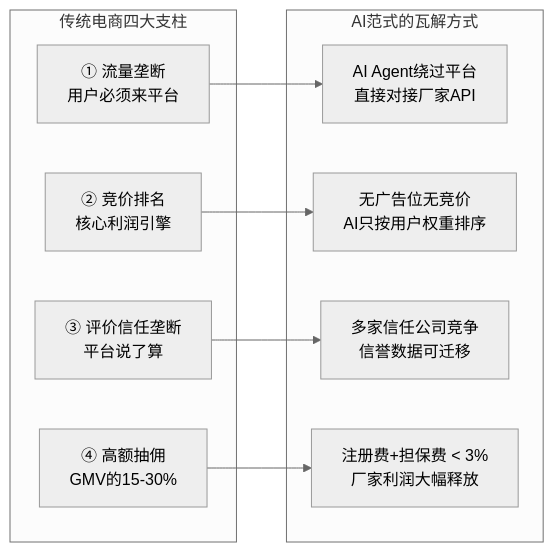
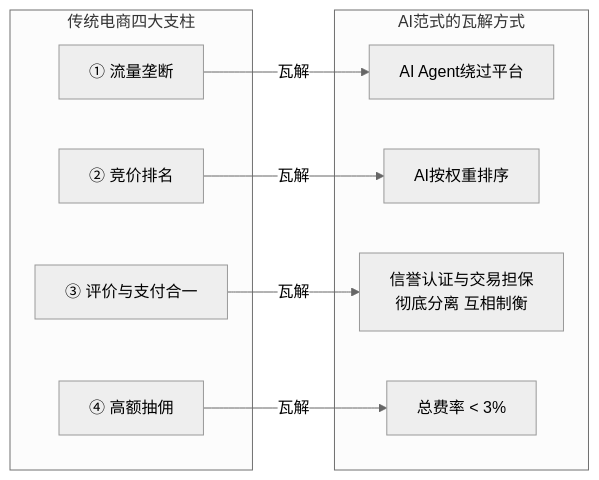
One commit to kaicen-x/ai-shopping-paradigm changed the fifth of 7 diagrams in 中文简体/AI购物新范式.md. Above: the diagram before and after it, drawn with Mermaid (neutral theme). The commit also changed other lines of this file and 4 other files, not shown here.

````diff
--- a/中文简体/AI购物新范式.md
+++ b/中文简体/AI购物新范式.md
@@ -173,21 +191,21 @@
 ```mermaid
 graph LR
- subgraph 传统电商四大支柱
- T1[① 流量垄断<br/>用户必须来平台]
- T2[② 竞价排名<br/>核心利润引擎]
- T3[③ 评价信任垄断<br/>平台说了算]
- T4[④ 高额抽佣<br/>GMV的15-30%]
- end
+    subgraph 传统电商四大支柱
+        T1[① 流量垄断]
+        T2[② 竞价排名]
+        T3[③ 评价与支付合一]
+        T4[④ 高额抽佣]
+    end
 
- subgraph AI范式的瓦解方式
- N1[AI Agent绕过平台<br/>直接对接厂家API]
- N2[无广告位无竞价<br/>AI只按用户权重排序]
- N3[多家信任公司竞争<br/>信誉数据可迁移]
- N4[注册费+担保费 < 3%<br/>厂家利润大幅释放]
- end
+    subgraph AI范式的瓦解方式
+        N1[AI Agent绕过平台]
+        N2[AI按权重排序]
+        N3[信誉认证与交易担保<br/>彻底分离 互相制衡]
+        N4[总费率 < 3%]
+    end
 
- T1 --> N1
- T2 --> N2
- T3 --> N3
- T4 --> N4
+    T1 -->|瓦解| N1
+    T2 -->|瓦解| N2
+    T3 -->|瓦解| N3
+    T4 -->|瓦解| N4
 ```
````
